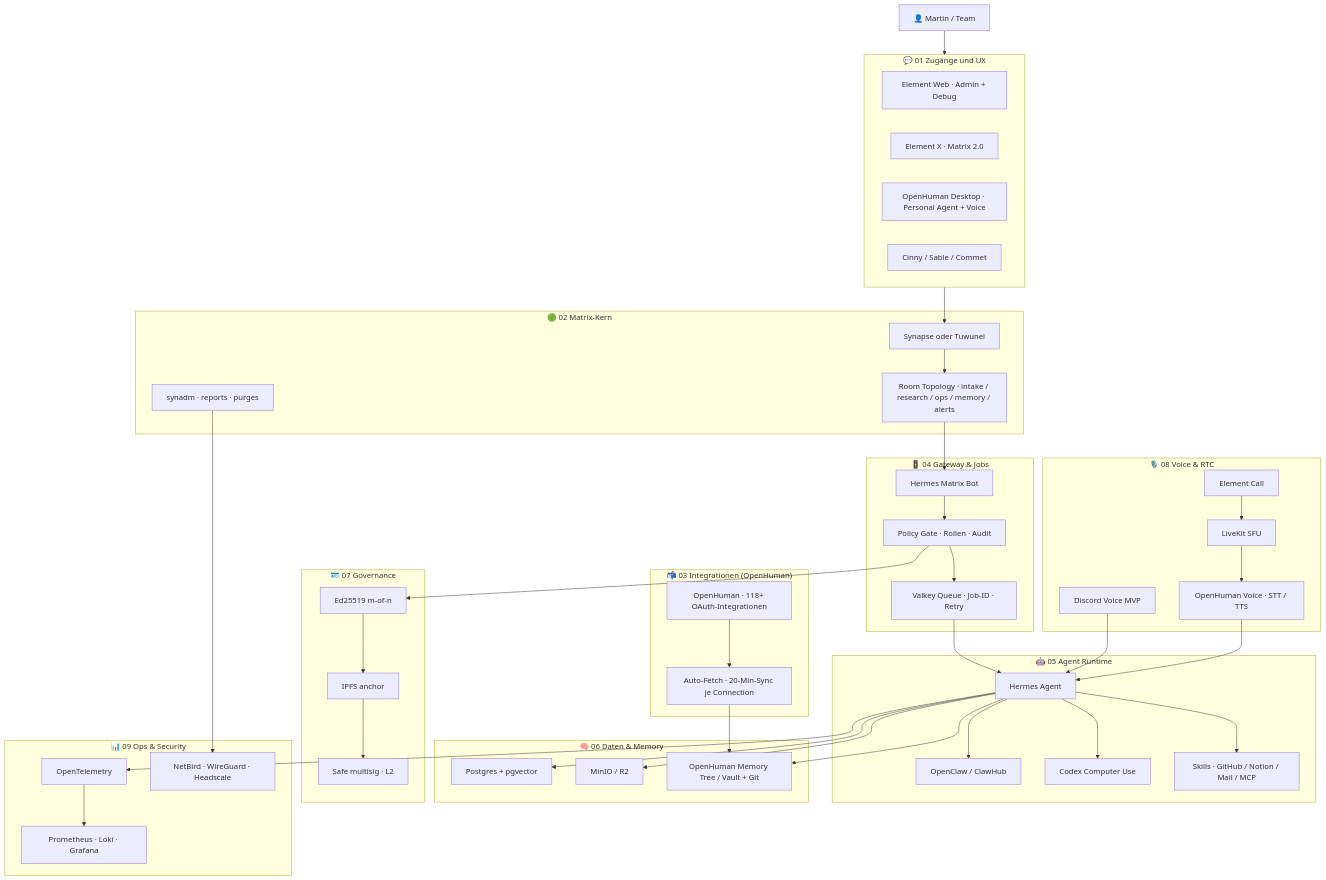
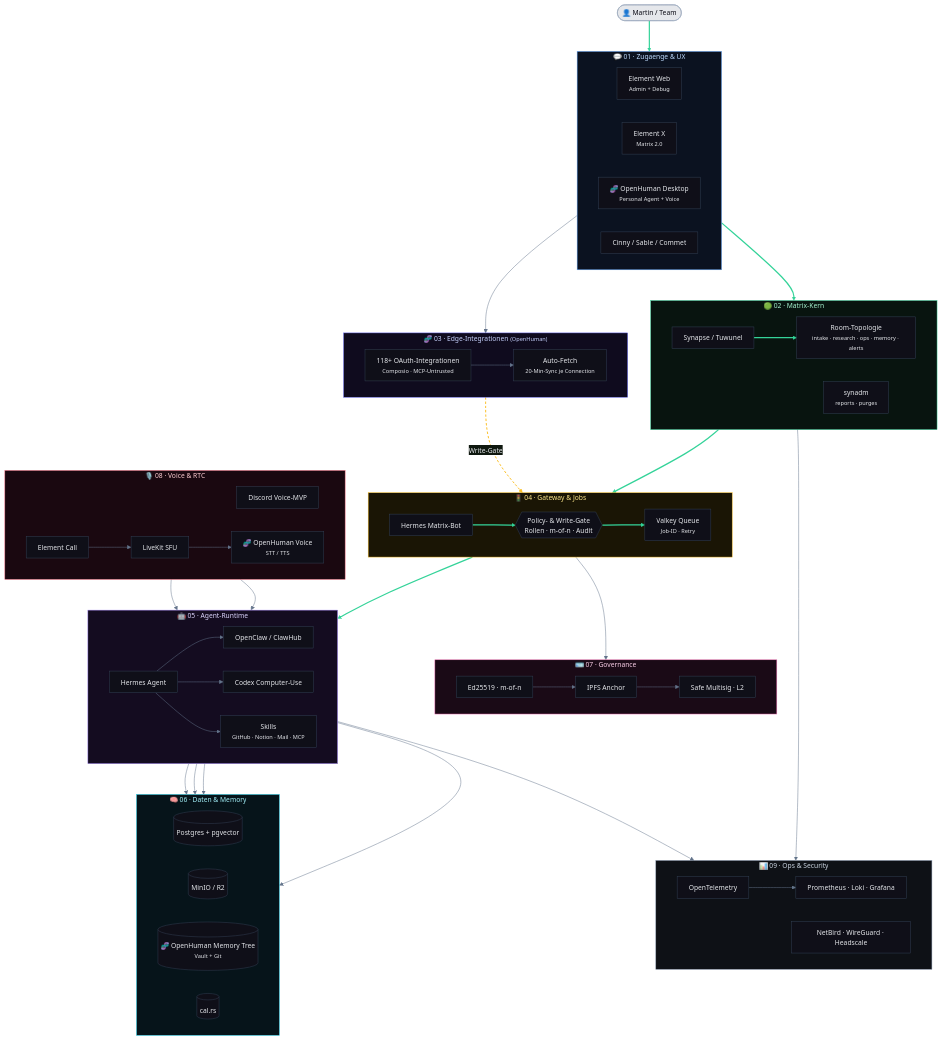
Before and after one commit to Martin-Hausleitner/credo: the diagram in README.md, drawn with Mermaid. The commit also changed 1 other file, not shown here.

Commit message:
docs: redesign architecture mermaid diagram (themed 9 planes, gated edge writes)
- 9 farbcodierte Ebenen passend zur Brand-Palette, fett-gruene Happy-Path-Spine
- OpenHuman Edge-Schreibwege laufen sichtbar durch das Policy-/Write-Gate
- cal.rs als Memory-Knoten ergaenzt; architecture.mmd mit README synchronisiert

````diff
--- a/README.md
+++ b/README.md
@@ -63,71 +63,126 @@
 ```mermaid
+%%{init:{"theme":"base","themeVariables":{"fontFamily":"ui-sans-serif, system-ui, sans-serif","background":"#0A0A14","primaryColor":"#0F0F18","primaryBorderColor":"#334155","primaryTextColor":"#E5E7EB","lineColor":"#64748B","clusterBkg":"#0B0B16","clusterBorder":"#1F2937","fontSize":"14px"},"flowchart":{"curve":"basis","nodeSpacing":48,"rankSpacing":64,"padding":12}}}%%
 flowchart TB
-  Human["👤 Martin / Team"] --> UX
+  Human(["👤 Martin / Team"])
 
-  subgraph UX["💬 01 Zugänge und UX"]
-    Element["Element Web · Admin + Debug"]
-    ElementX["Element X · Matrix 2.0"]
-    OpenHuman["OpenHuman Desktop · Personal Agent + Voice"]
+  subgraph UX["💬 01 · Zugaenge &amp; UX"]
+    direction LR
+    Element["Element Web<br/><small>Admin + Debug</small>"]
+    ElementX["Element X<br/><small>Matrix 2.0</small>"]
+    OpenHuman["🧬 OpenHuman Desktop<br/><small>Personal Agent + Voice</small>"]
     Cinny["Cinny / Sable / Commet"]
   end
 
-  subgraph Matrix["🟢 02 Matrix-Kern"]
-    Homeserver["Synapse oder Tuwunel"]
-    Rooms["Room Topology · intake / research / ops / memory / alerts"]
-    Admin["synadm · reports · purges"]
+  subgraph Edge["🧬 03 · Edge-Integrationen <small>(OpenHuman)</small>"]
+    direction LR
+    Integrations["118+ OAuth-Integrationen<br/><small>Composio · MCP-Untrusted</small>"]
+    AutoFetch["Auto-Fetch<br/><small>20-Min-Sync je Connection</small>"]
   end
 
-  subgraph Bridge["📬 03 Integrationen (OpenHuman)"]
-    Integrations["OpenHuman · 118+ OAuth-Integrationen"]
-    AutoFetch["Auto-Fetch · 20-Min-Sync je Connection"]
+  subgraph Matrix["🟢 02 · Matrix-Kern"]
+    direction LR
+    Homeserver["Synapse / Tuwunel"]
+    Rooms["Room-Topologie<br/><small>intake · research · ops · memory · alerts</small>"]
+    Admin["synadm<br/><small>reports · purges</small>"]
   end
 
-  subgraph Gateway["🚦 04 Gateway & Jobs"]
-    Bot["Hermes Matrix Bot"]
-    Policy["Policy Gate · Rollen · Audit"]
-    Queue["Valkey Queue · Job-ID · Retry"]
+  subgraph Gateway["🚦 04 · Gateway &amp; Jobs"]
+    direction LR
+    Bot["Hermes Matrix-Bot"]
+    Policy{{"Policy- &amp; Write-Gate<br/>Rollen · m-of-n · Audit"}}
+    Queue["Valkey Queue<br/><small>Job-ID · Retry</small>"]
   end
 
-  subgraph Runtime["🤖 05 Agent Runtime"]
+  subgraph Runtime["🤖 05 · Agent-Runtime"]
+    direction LR
     Hermes["Hermes Agent"]
     OpenClaw["OpenClaw / ClawHub"]
-    Codex["Codex Computer Use"]
-    Skills["Skills · GitHub / Notion / Mail / MCP"]
+    Codex["Codex Computer-Use"]
+    Skills["Skills<br/><small>GitHub · Notion · Mail · MCP</small>"]
   end
 
-  subgraph Data["🧠 06 Daten & Memory"]
-    Pg["Postgres + pgvector"]
-    S3["MinIO / R2"]
-    Vault["OpenHuman Memory Tree / Vault + Git"]
+  subgraph Data["🧠 06 · Daten &amp; Memory"]
+    direction LR
+    Pg[("Postgres + pgvector")]
+    S3[("MinIO / R2")]
+    Vault[("🧬 OpenHuman Memory Tree<br/><small>Vault + Git</small>")]
+    Cal[("cal.rs")]
   end
 
-  subgraph DAO["🪪 07 Governance"]
-    Sig["Ed25519 m-of-n"]
-    Ipfs["IPFS anchor"]
-    Safe["Safe multisig · L2"]
+  subgraph DAO["🪪 07 · Governance"]
+    direction LR
+    Sig["Ed25519 · m-of-n"]
+    Ipfs["IPFS Anchor"]
+    Safe["Safe Multisig · L2"]
   end
 
-  subgraph Voice["🎙️ 08 Voice & RTC"]
-    Discord["Discord Voice MVP"]
+  subgraph Voice["🎙️ 08 · Voice &amp; RTC"]
+    direction LR
+    Discord["Discord Voice-MVP"]
     ElementCall["Element Call"]
     LiveKit["LiveKit SFU"]
-    VoiceAgent["OpenHuman Voice · STT / TTS"]
+    VoiceAgent["🧬 OpenHuman Voice<br/><small>STT / TTS</small>"]
   end
 
-  subgraph Ops["📊 09 Ops & Security"]
+  subgraph Ops["📊 09 · Ops &amp; Security"]
+    direction LR
     OTel["OpenTelemetry"]
     Grafana["Prometheus · Loki · Grafana"]
     Net["NetBird · WireGuard · Headscale"]
   end
 
-  UX --> Homeserver --> Rooms --> Bot
-  Integrations --> AutoFetch --> Vault
-  Bot --> Policy --> Queue --> Hermes
-  Hermes --> OpenClaw & Codex & Skills
-  Hermes --> Pg & S3 & Vault
-  Policy --> Sig --> Ipfs --> Safe
-  Hermes --> OTel --> Grafana
+  %% --- Happy Path (Spine, idx 0-6) ---
+  Human ==> UX
+  UX ==> Homeserver
+  Homeserver ==> Rooms
+  Rooms ==> Bot
+  Bot ==> Policy
+  Policy ==> Queue
+  Queue ==> Hermes
+
+  %% --- Edge writes laufen durch das Gate (idx 7-9) ---
+  OpenHuman --> Integrations
+  Integrations --> AutoFetch
+  AutoFetch -. "Write-Gate" .-> Policy
+
+  %% --- Runtime Fan-out (idx 10-16) ---
+  Hermes --> OpenClaw
+  Hermes --> Codex
+  Hermes --> Skills
+  Hermes --> Pg
+  Hermes --> S3
+  Hermes --> Vault
+  Hermes --> Cal
+
+  %% --- Governance (idx 17-19) ---
+  Policy --> Sig
+  Sig --> Ipfs
+  Ipfs --> Safe
+
+  %% --- Voice (idx 20-23) ---
   Discord --> Hermes
-  ElementCall --> LiveKit --> VoiceAgent --> Hermes
+  ElementCall --> LiveKit
+  LiveKit --> VoiceAgent
+  VoiceAgent --> Hermes
+
+  %% --- Ops (idx 24-26) ---
+  Hermes --> OTel
+  OTel --> Grafana
   Admin --> Net
+
+  %% --- Plane-Styling ---
+  style UX fill:#0B1220,stroke:#60A5FA,color:#BFDBFE
+  style Edge fill:#0F0B1E,stroke:#6366F1,color:#C7D2FE
+  style Matrix fill:#08140F,stroke:#34D399,color:#A7F3D0
+  style Gateway fill:#1A1505,stroke:#FBBF24,color:#FDE68A
+  style Runtime fill:#140C20,stroke:#A78BFA,color:#DDD6FE
+  style Data fill:#06141A,stroke:#22D3EE,color:#A5F3FC
+  style DAO fill:#1A0A16,stroke:#F472B6,color:#FBCFE8
+  style Voice fill:#1A0810,stroke:#FB7185,color:#FECDD3
+  style Ops fill:#0E1116,stroke:#94A3B8,color:#CBD5E1
+  style Human fill:#E5E7EB,stroke:#94A3B8,color:#0A0A14
+
+  %% --- Spine fett-gruen, Write-Gate amber ---
+  linkStyle 0,1,2,3,4,5,6 stroke:#34D399,stroke-width:2.5px
+  linkStyle 9 stroke:#FBBF24,stroke-width:2px,stroke-dasharray:5 4
 ```
````
